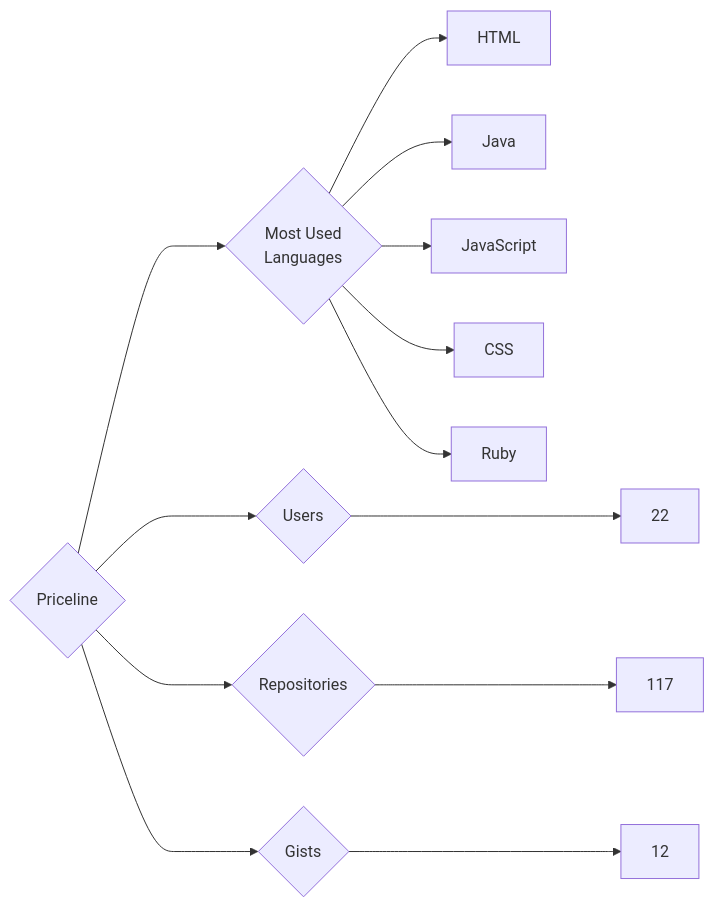
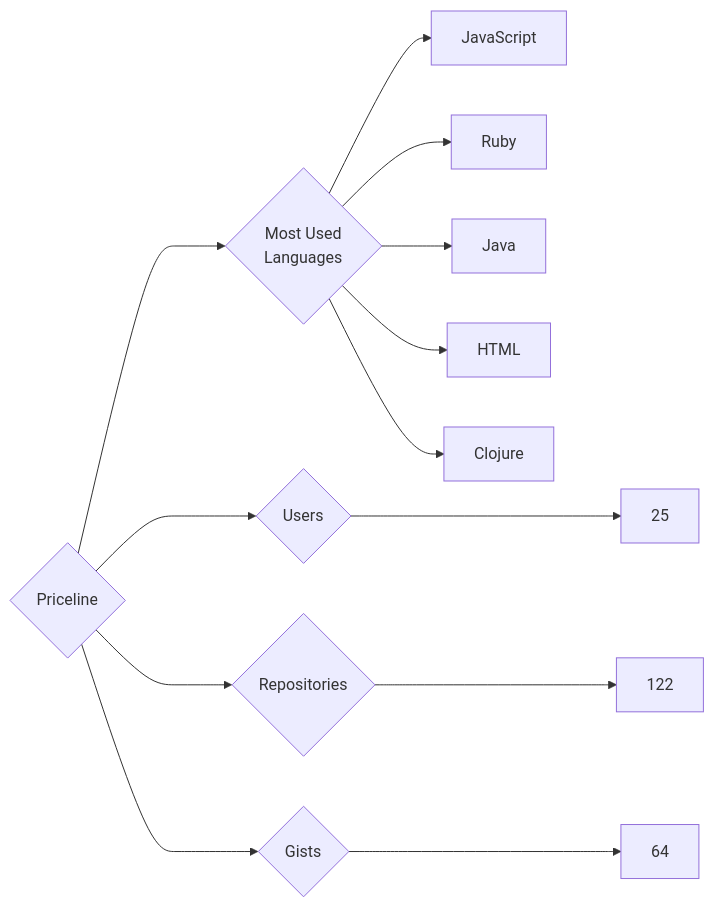
One commit to trickest/insiders changed the diagram in targets/Priceline/README.md. Above: the diagram before and after it, drawn with Mermaid. The commit also changed 903 other files, not shown here.

````diff
--- a/targets/Priceline/README.md
+++ b/targets/Priceline/README.md
@@ -3,13 +3,13 @@
 ```mermaid
 graph LR
 COMPANY_NAME{Priceline}
-COMPANY_NAME ---> U{Users} ---> UN[22]
-COMPANY_NAME ---> R{Repositories} ---> RN[117]
-COMPANY_NAME ---> G{Gists} ---> GN[12]
+COMPANY_NAME ---> U{Users} ---> UN[25]
+COMPANY_NAME ---> R{Repositories} ---> RN[122]
+COMPANY_NAME ---> G{Gists} ---> GN[64]
 COMPANY_NAME ---> ML{Most Used<br>Languages}
+ML --> JavaScript[JavaScript]
+ML --> Ruby[Ruby]
+ML --> Java[Java]
 ML --> HTML[HTML]
-ML --> Java[Java]
-ML --> JavaScript[JavaScript]
-ML --> CSS[CSS]
-ML --> Ruby[Ruby]
+ML --> Clojure[Clojure]
 ```
````
